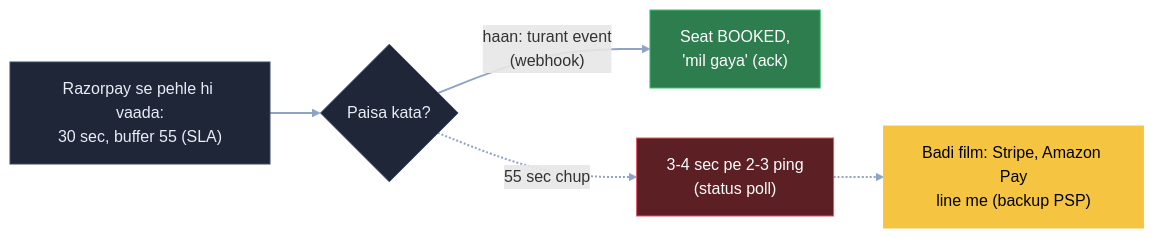
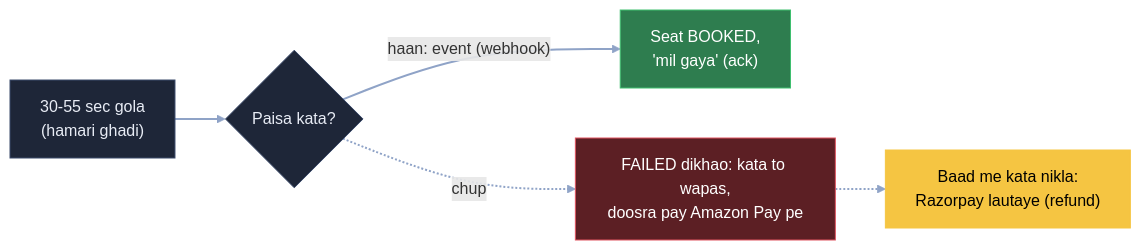
One commit to ArpanMaheshwari144/Prep changed the sixth of 7 diagrams in 04_HLD/SYSTEM_DESIGNS/09_bookmyshow/09_bookmyshow.md. Above: the diagram before and after it, drawn with Mermaid. The commit also changed other lines of this file and 2 other files, not shown here.

Commit message:
BMS 6c Arpan ka naya jawab: Razorpay khud 10 min rukta (bank + NPCI uske haath me nahi), hum 30-55 sec gola, phir FAILED + doosra pay doosre PSP pe; kata nikla to Razorpay lautaye (bank se poochhne ka haq Razorpay ka); onboard vaada wali line hati; notes + main + diagram + chain

````diff
--- a/04_HLD/SYSTEM_DESIGNS/09_bookmyshow/09_bookmyshow.md
+++ b/04_HLD/SYSTEM_DESIGNS/09_bookmyshow/09_bookmyshow.md
@@ -240,12 +241,12 @@
 ```mermaid
 flowchart LR
-    R["Razorpay se pehle hi vaada:<br/>30 sec, buffer 55 (SLA)"]:::card --> P{"Paisa kata?"}:::card
-    P -- "haan: turant event<br/>(webhook)" --> S["Seat BOOKED,<br/>'mil gaya' (ack)"]:::good
-    P -. "55 sec chup" .-> Q["3-4 sec pe 2-3 ping<br/>(status poll)"]:::bad
-    Q -.-> X["Badi film: Stripe, Amazon Pay<br/>line me (backup PSP)"]:::pill
+    G["30-55 sec gola<br/>(hamari ghadi)"]:::card --> P{"Paisa kata?"}:::card
+    P -- "haan: event (webhook)" --> S["Seat BOOKED,<br/>'mil gaya' (ack)"]:::good
+    P -. "chup" .-> F["FAILED dikhao: kata to wapas,<br/>doosra pay Amazon Pay pe"]:::bad
+    F -.-> R["Baad me kata nikla:<br/>Razorpay lautaye (refund)"]:::pill
     linkStyle default stroke:#8fa3c7,stroke-width:2px
     classDef card fill:#1e2638,stroke:#3a4a6b,color:#e8ecf5
     classDef pill fill:#f5c542,stroke:#f5c542,color:#000
     classDef good fill:#2e7d4f,stroke:#3fbf6f,color:#fff
     classDef bad fill:#5c1f24,stroke:#e05561,color:#fff
 ```
````
